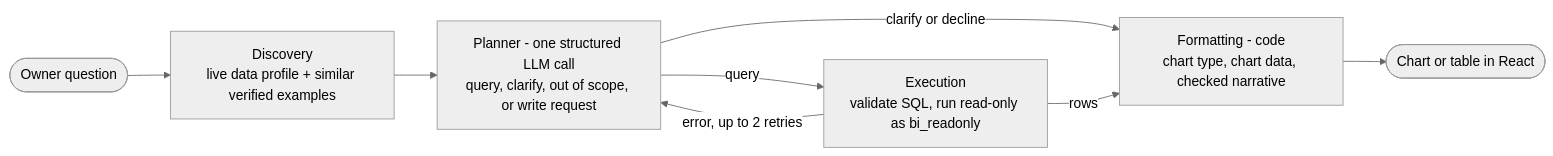
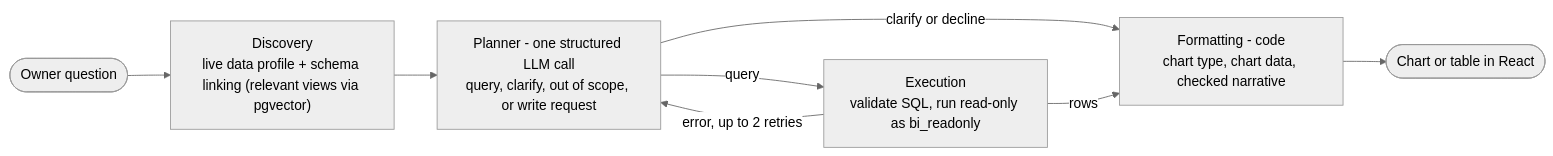
The fourth of 5 diagrams in README.md (Pandharimaske/Multi-Agent-Commerce-Platform-for-Coffee-Shop), drawn with Mermaid (neutral theme) before and after one commit. The commit also changed other lines of this file and 39 other files, not shown here.

Commit message:
BI agent: schema linking instead of example retrieval, evaluation harness, NIM embeddings, docs

````diff
--- a/README.md
+++ b/README.md
@@ -196,10 +198,10 @@
 ```mermaid
 flowchart LR
-    Q([Owner question]) --> DISC["Discovery<br/>live data profile + similar verified examples"]
+    Q([Owner question]) --> DISC["Discovery<br/>live data profile + schema linking (relevant views via pgvector)"]
     DISC --> PLAN["Planner - one structured LLM call<br/>query, clarify, out of scope, or write request"]
     PLAN -->|query| EXE["Execution<br/>validate SQL, run read-only as bi_readonly"]
     PLAN -->|clarify or decline| FMT["Formatting - code<br/>chart type, chart data, checked narrative"]
     EXE -->|error, up to 2 retries| PLAN
     EXE -->|rows| FMT
     FMT --> UI([Chart or table in React])
 ```
````
